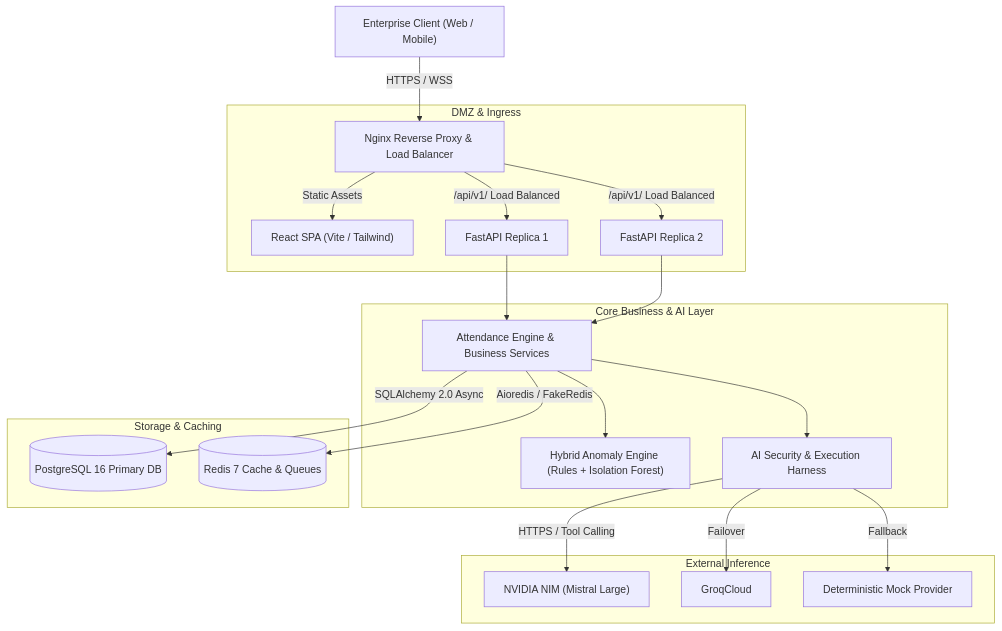
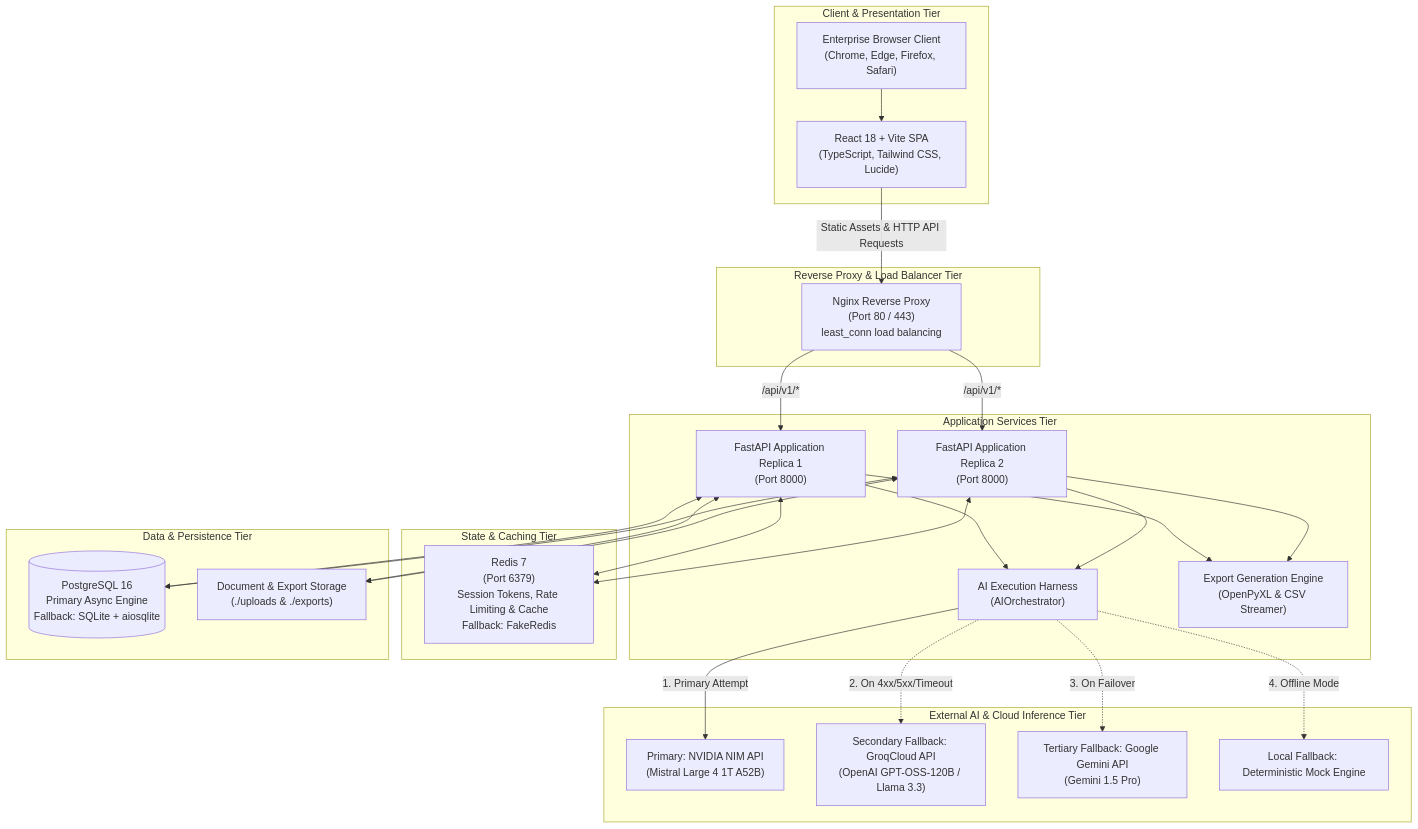
One commit to sandhyachinnan74-gif/attendence-intelligent changed the first of 7 diagrams in docs/architecture.md. Above: the diagram before and after it, drawn with Mermaid. The commit also changed other lines of this file and 16 other files, not shown here.

````diff
--- a/docs/architecture.md
+++ b/docs/architecture.md
@@ -9,28 +9,55 @@
 ```mermaid
-graph TD
-    Client["Enterprise Client (Web / Mobile)"] -->|HTTPS / WSS| LB["Nginx Reverse Proxy & Load Balancer"]
-    
-    subgraph "DMZ & Ingress"
-        LB -->|Static Assets| Frontend["React SPA (Vite / Tailwind)"]
-        LB -->|/api/v1/ Load Balanced| FastAPIRep1["FastAPI Replica 1"]
-        LB -->|/api/v1/ Load Balanced| FastAPIRep2["FastAPI Replica 2"]
+flowchart TD
+    subgraph ClientLayer["Client & Presentation Tier"]
+        Browser["Enterprise Browser Client\n(Chrome, Edge, Firefox, Safari)"]
+        SPA["React 18 + Vite SPA\n(TypeScript, Tailwind CSS, Lucide)"]
+        Browser --> SPA
     end
 
-    subgraph "Core Business & AI Layer"
-        FastAPIRep1 --> ServiceLayer["Attendance Engine & Business Services"]
-        FastAPIRep2 --> ServiceLayer
-        ServiceLayer --> AnomalyEngine["Hybrid Anomaly Engine (Rules + Isolation Forest)"]
-        ServiceLayer --> AIHarness["AI Security & Execution Harness"]
+    subgraph GatewayLayer["Reverse Proxy & Load Balancer Tier"]
+        Nginx["Nginx Reverse Proxy\n(Port 80 / 443)\nleast_conn load balancing"]
+        SPA -->|Static Assets & HTTP API Requests| Nginx
     end
 
-    subgraph "Storage & Caching"
-        ServiceLayer -->|SQLAlchemy 2.0 Async| PostgreSQL[("PostgreSQL 16 Primary DB")]
-        ServiceLayer -->|Aioredis / FakeRedis| RedisCache[("Redis 7 Cache & Queues")]
+    subgraph ApplicationLayer["Application Services Tier"]
+        Backend1["FastAPI Application Replica 1\n(Port 8000)"]
+        Backend2["FastAPI Application Replica 2\n(Port 8000)"]
+        Nginx -->|/api/v1/*| Backend1
+        Nginx -->|/api/v1/*| Backend2
+        
+        Orchestrator["AI Execution Harness\n(AIOrchestrator)"]
+        Backend1 --> Orchestrator
+        Backend2 --> Orchestrator
+        
+        ExportGen["Export Generation Engine\n(OpenPyXL & CSV Streamer)"]
+        Backend1 --> ExportGen
+        Backend2 --> ExportGen
     end
 
-    subgraph "External Inference"
-        AIHarness -->|HTTPS / Tool Calling| NIM["NVIDIA NIM (Mistral Large)"]
-        AIHarness -->|Failover| Groq["GroqCloud"]
-        AIHarness -->|Fallback| Mock["Deterministic Mock Provider"]
+    subgraph CachingLayer["State & Caching Tier"]
+        Redis["Redis 7\n(Port 6379)\nSession Tokens, Rate Limiting & Cache\nFallback: FakeRedis"]
+        Backend1 <--> Redis
+        Backend2 <--> Redis
+    end
+
+    subgraph StorageLayer["Data & Persistence Tier"]
+        DB[(PostgreSQL 16\nPrimary Async Engine\nFallback: SQLite + aiosqlite)]
+        FileStore["Document & Export Storage\n(./uploads & ./exports)"]
+        Backend1 <--> DB
+        Backend2 <--> DB
+        Backend1 <--> FileStore
+        Backend2 <--> FileStore
+    end
+
+    subgraph ExternalAILayer["External AI & Cloud Inference Tier"]
+        NvidiaNIM["Primary: NVIDIA NIM API\n(Mistral Large 4 1T A52B)"]
+        GroqCloud["Secondary Fallback: GroqCloud API\n(OpenAI GPT-OSS-120B / Llama 3.3)"]
+        GeminiCloud["Tertiary Fallback: Google Gemini API\n(Gemini 1.5 Pro)"]
+        MockLLM["Local Fallback: Deterministic Mock Engine"]
+        
+        Orchestrator -->|1. Primary Attempt| NvidiaNIM
+        Orchestrator -.->|2. On 4xx/5xx/Timeout| GroqCloud
+        Orchestrator -.->|3. On Failover| GeminiCloud
+        Orchestrator -.->|4. Offline Mode| MockLLM
     end
 ```
````
